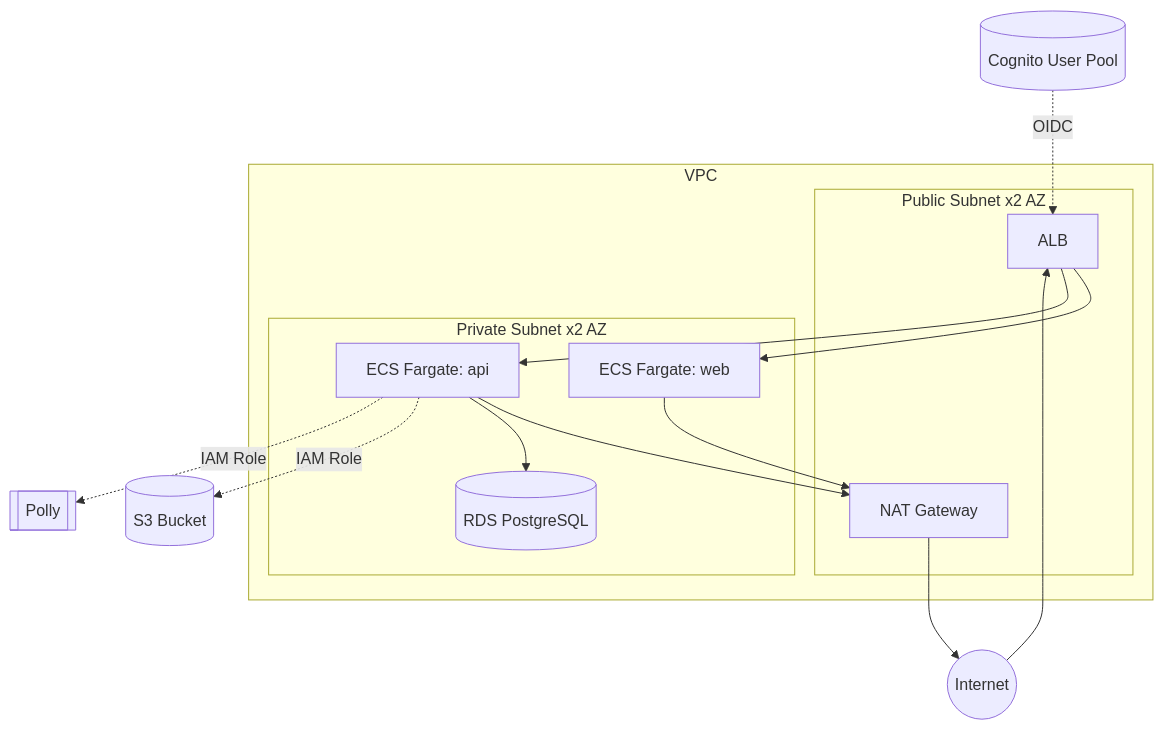
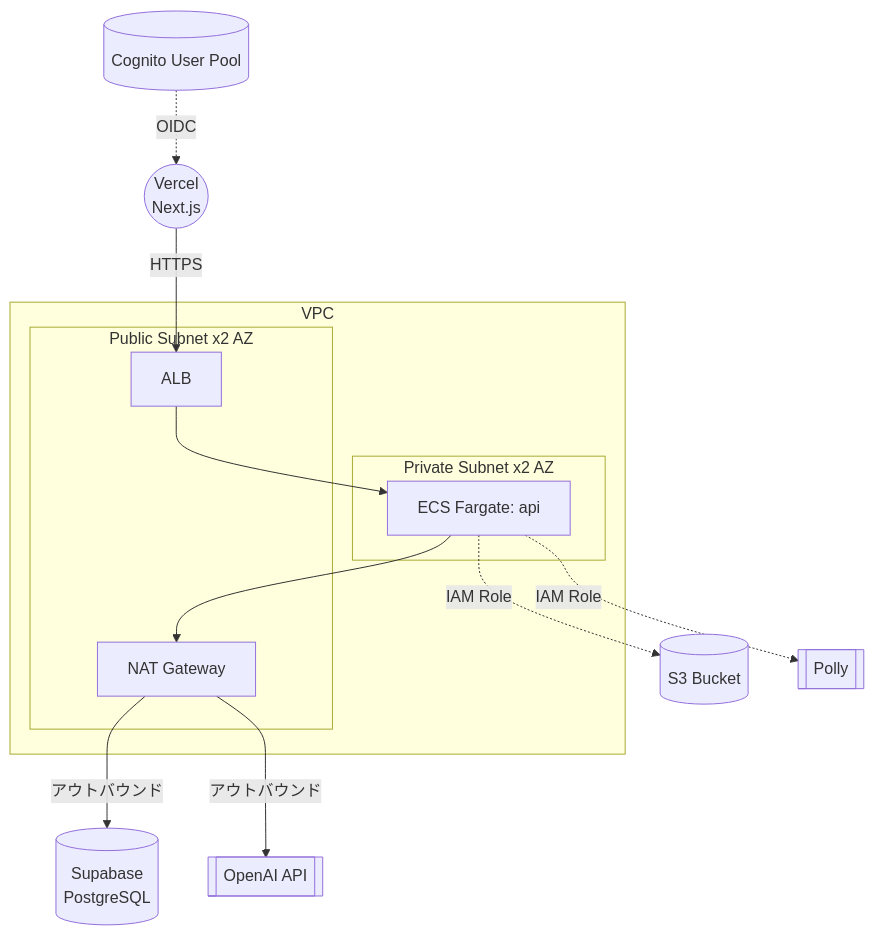
One commit to h-fujiwara-dev/ielts-creater changed the second of 2 diagrams in docs/システム要件定義書.md. Above: the diagram before and after it, drawn with Mermaid. The commit also changed other lines of this file and 75 other files, not shown here.

````diff
--- a/docs/システム要件定義書.md
+++ b/docs/システム要件定義書.md
@@ -260,24 +265,24 @@
 ```mermaid
 flowchart TB
+    Vercel((Vercel<br/>Next.js))
+    Supabase[(Supabase<br/>PostgreSQL)]
+
     subgraph VPC["VPC"]
         subgraph Public["Public Subnet x2 AZ"]
             ALB[ALB]
             NAT[NAT Gateway]
         end
         subgraph Private["Private Subnet x2 AZ"]
-            WebTask[ECS Fargate: web]
             ApiTask[ECS Fargate: api]
-            Rds[(RDS PostgreSQL)]
         end
     end
-    Internet((Internet)) --> ALB
-    ALB --> WebTask
+
+    Vercel -->|HTTPS| ALB
     ALB --> ApiTask
-    WebTask --> NAT
     ApiTask --> NAT
-    ApiTask --> Rds
+    NAT -->|アウトバウンド| Supabase
+    NAT -->|アウトバウンド| OpenAI[[OpenAI API]]
     ApiTask -.IAM Role.-> S3[(S3 Bucket)]
     ApiTask -.IAM Role.-> Polly[[Polly]]
-    NAT --> Internet
-    Cognito[(Cognito User Pool)] -.OIDC.-> ALB
+    Cognito[(Cognito User Pool)] -.OIDC.-> Vercel
 ```
````
